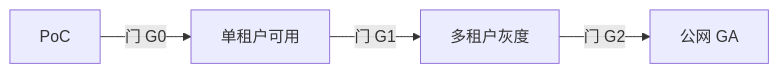
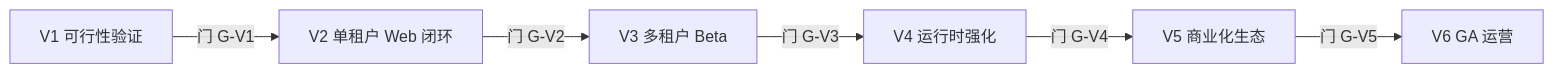
The eighth of 9 diagrams in 改造计划/16-测试策略与验收标准.md (edward-ng-duke/LobsterAI), drawn with Mermaid before and after one commit. The commit also changed other lines of this file and 22 other files, not shown here.

````diff
--- a/改造计划/16-测试策略与验收标准.md
+++ b/改造计划/16-测试策略与验收标准.md
@@ -428,6 +445,8 @@
 ```mermaid
 flowchart LR
-  P0["PoC"] -->|门 G0| P1["单租户可用"]
-  P1 -->|门 G1| P2["多租户灰度"]
-  P2 -->|门 G2| P3["公网 GA"]
+  V1["V1 可行性验证"] -->|门 G-V1| V2["V2 单租户 Web 闭环"]
+  V2 -->|门 G-V2| V3["V3 多租户 Beta"]
+  V3 -->|门 G-V3| V4["V4 运行时强化"]
+  V4 -->|门 G-V4| V5["V5 商业化生态"]
+  V5 -->|门 G-V5| V6["V6 GA 运营"]
 ```
````
